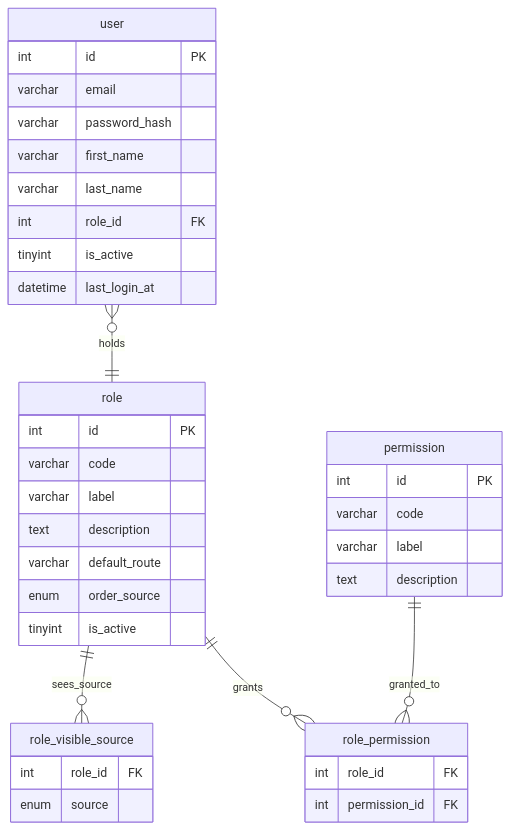
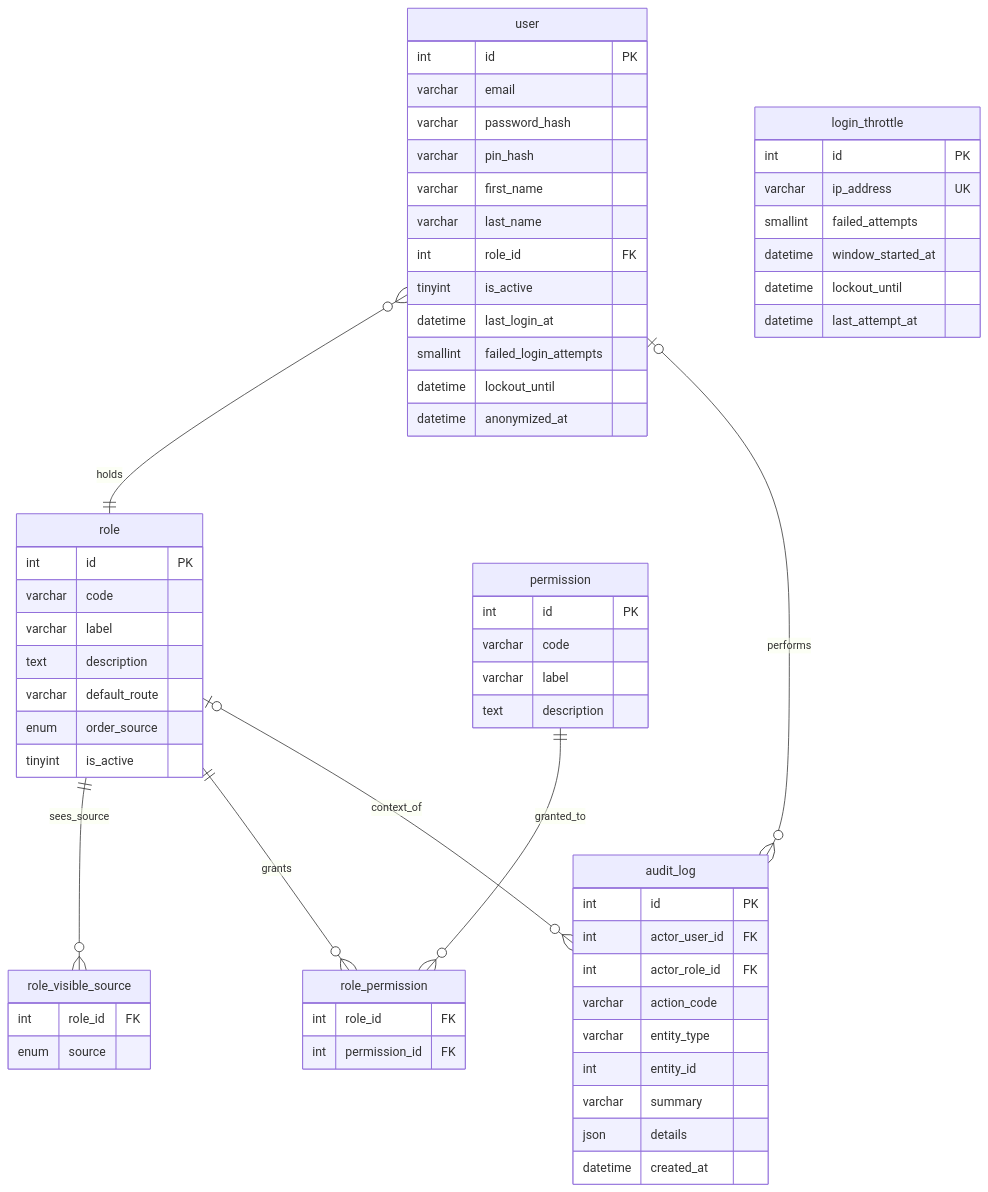
Before and after one commit to AcadeNice/wakdo_corentin: the fourth of 4 diagrams in docs/merise/mcd.md, drawn with Mermaid. The commit also changed other lines of this file and 34 other files, not shown here.

````diff
--- a/docs/merise/mcd.md
+++ b/docs/merise/mcd.md
@@ -367,41 +389,66 @@
 ```mermaid
 erDiagram
     user {
         int id PK
         varchar email
         varchar password_hash
+        varchar pin_hash
         varchar first_name
         varchar last_name
         int role_id FK
         tinyint is_active
         datetime last_login_at
+        smallint failed_login_attempts
+        datetime lockout_until
+        datetime anonymized_at
     }
     role {
         int id PK
         varchar code
         varchar label
         text description
         varchar default_route
         enum order_source
         tinyint is_active
     }
     role_visible_source {
         int role_id FK
         enum source
     }
     permission {
         int id PK
         varchar code
         varchar label
         text description
     }
     role_permission {
         int role_id FK
         int permission_id FK
     }
+    audit_log {
+        int id PK
+        int actor_user_id FK
+        int actor_role_id FK
+        varchar action_code
+        varchar entity_type
+        int entity_id
+        varchar summary
+        json details
+        datetime created_at
+    }
+    login_throttle {
+        int id PK
+        varchar ip_address UK
+        smallint failed_attempts
+        datetime window_started_at
+        datetime lockout_until
+        datetime last_attempt_at
+    }
 
     user }o--|| role : "holds"
     role ||--o{ role_visible_source : "sees_source"
     role ||--o{ role_permission : "grants"
     permission ||--o{ role_permission : "granted_to"
+    user |o--o{ audit_log : "performs"
+    role |o--o{ audit_log : "context_of"
 ```
````
